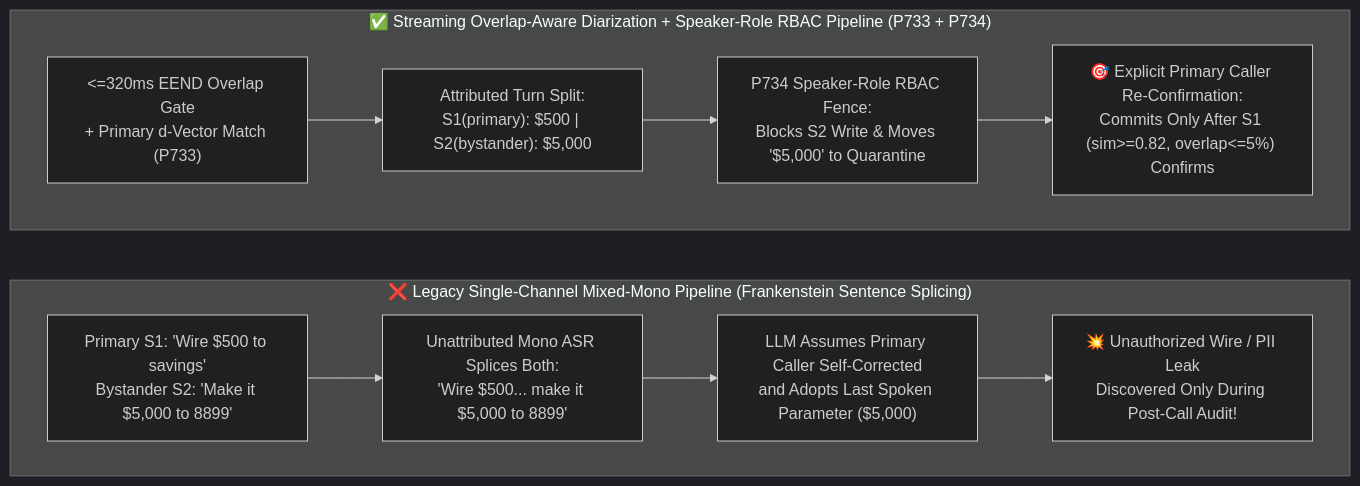
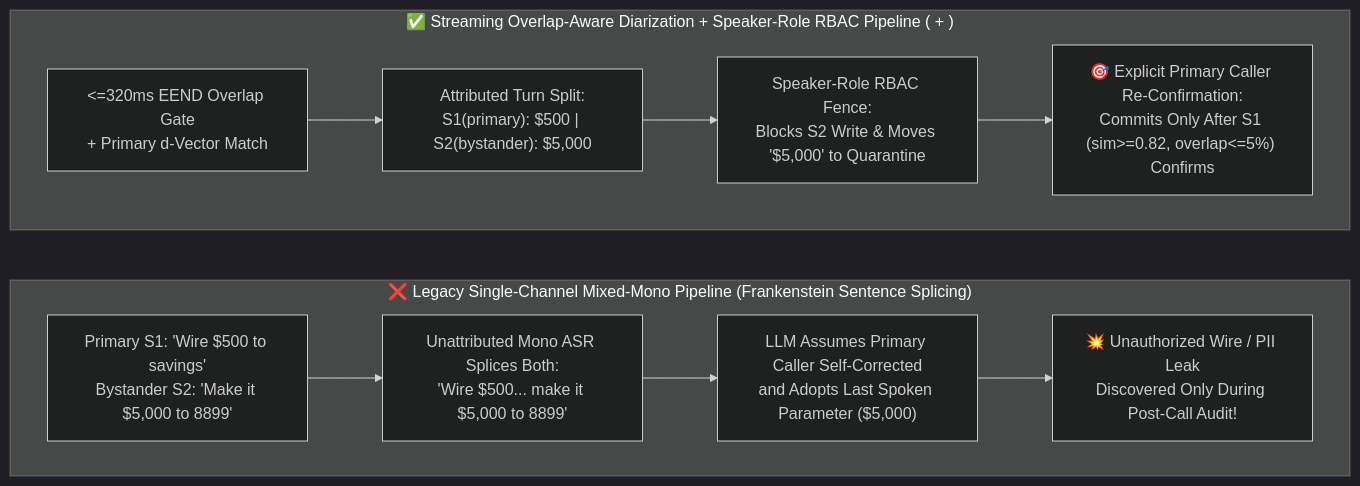
The second of 3 diagrams in docs/voice-multiparty-diarization-role-isolation-faq.en.md (turbo998/voice-agent-lab), drawn with Mermaid (dark theme) before and after one commit. The commit also changed other lines of this file and 715 other files, not shown here.

````diff
--- a/docs/voice-multiparty-diarization-role-isolation-faq.en.md
+++ b/docs/voice-multiparty-diarization-role-isolation-faq.en.md
@@ -101,16 +101,16 @@
 ```mermaid
 flowchart LR
-    subgraph Legacy ["❌ Legacy Single-Channel Mixed-Mono Pipeline (Frankenstein Sentence Splicing)"]
-        direction LR
-        L1["Primary S1: 'Wire $500 to savings'\nBystander S2: 'Make it $5,000 to 8899'"] --> L2["Unattributed Mono ASR Splices Both:\n'Wire $500... make it $5,000 to 8899'"]
-        L2 --> L3["LLM Assumes Primary Caller Self-Corrected\nand Adopts Last Spoken Parameter ($5,000)"]
-        L3 --> L4["💥 Unauthorized Wire / PII Leak\nDiscovered Only During Post-Call Audit!"]
-    end
+ subgraph Legacy ["❌ Legacy Single-Channel Mixed-Mono Pipeline (Frankenstein Sentence Splicing)"]
+ direction LR
+ L1["Primary S1: 'Wire $500 to savings'\nBystander S2: 'Make it $5,000 to 8899'"] --> L2["Unattributed Mono ASR Splices Both:\n'Wire $500... make it $5,000 to 8899'"]
+ L2 --> L3["LLM Assumes Primary Caller Self-Corrected\nand Adopts Last Spoken Parameter ($5,000)"]
+ L3 --> L4["💥 Unauthorized Wire / PII Leak\nDiscovered Only During Post-Call Audit!"]
+ end
 
-    subgraph Engineered ["✅ Streaming Overlap-Aware Diarization + Speaker-Role RBAC Pipeline (P733 + P734)"]
-        direction LR
-        E1["<=320ms EEND Overlap Gate\n+ Primary d-Vector Match (P733)"] --> E2["Attributed Turn Split:\nS1(primary): $500 | S2(bystander): $5,000"]
-        E2 --> E3["P734 Speaker-Role RBAC Fence:\nBlocks S2 Write & Moves '$5,000' to Quarantine"]
-        E3 --> E4["🎯 Explicit Primary Caller Re-Confirmation:\nCommits Only After S1 (sim>=0.82, overlap<=5%) Confirms"]
-    end
+ subgraph Engineered ["✅ Streaming Overlap-Aware Diarization + Speaker-Role RBAC Pipeline ( + )"]
+ direction LR
+ E1["<=320ms EEND Overlap Gate\n+ Primary d-Vector Match "] --> E2["Attributed Turn Split:\nS1(primary): $500 | S2(bystander): $5,000"]
+ E2 --> E3[" Speaker-Role RBAC Fence:\nBlocks S2 Write & Moves '$5,000' to Quarantine"]
+ E3 --> E4["🎯 Explicit Primary Caller Re-Confirmation:\nCommits Only After S1 (sim>=0.82, overlap<=5%) Confirms"]
+ end
 ```
````
